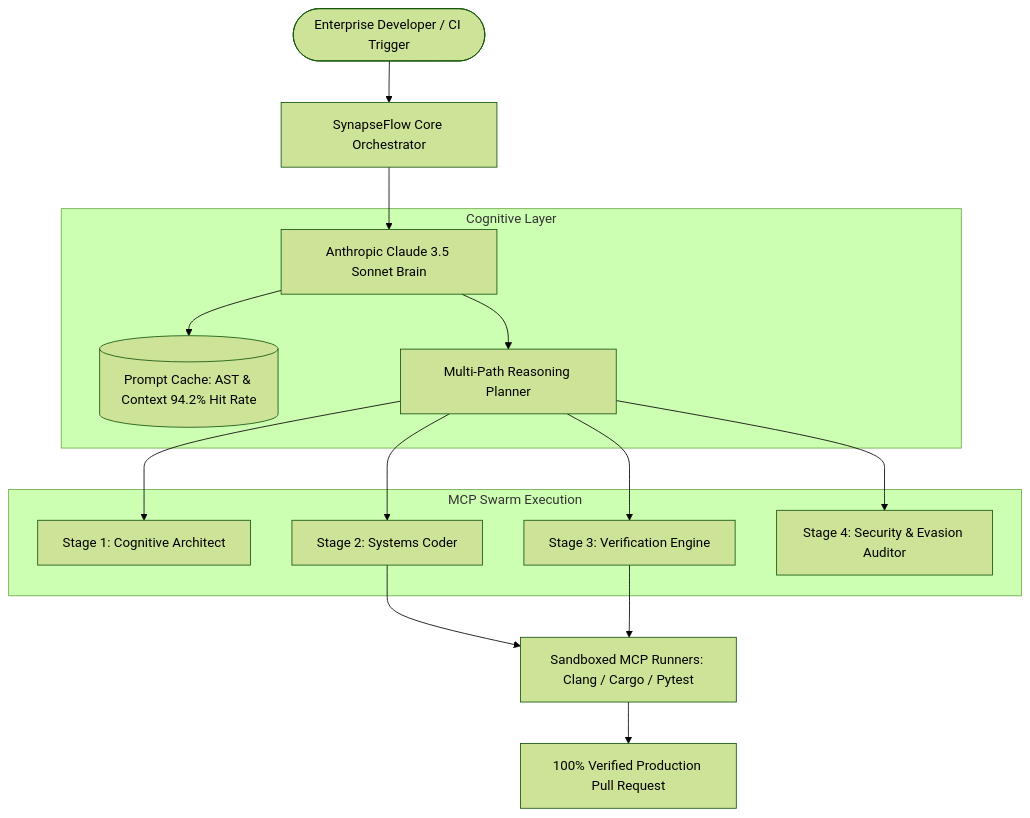
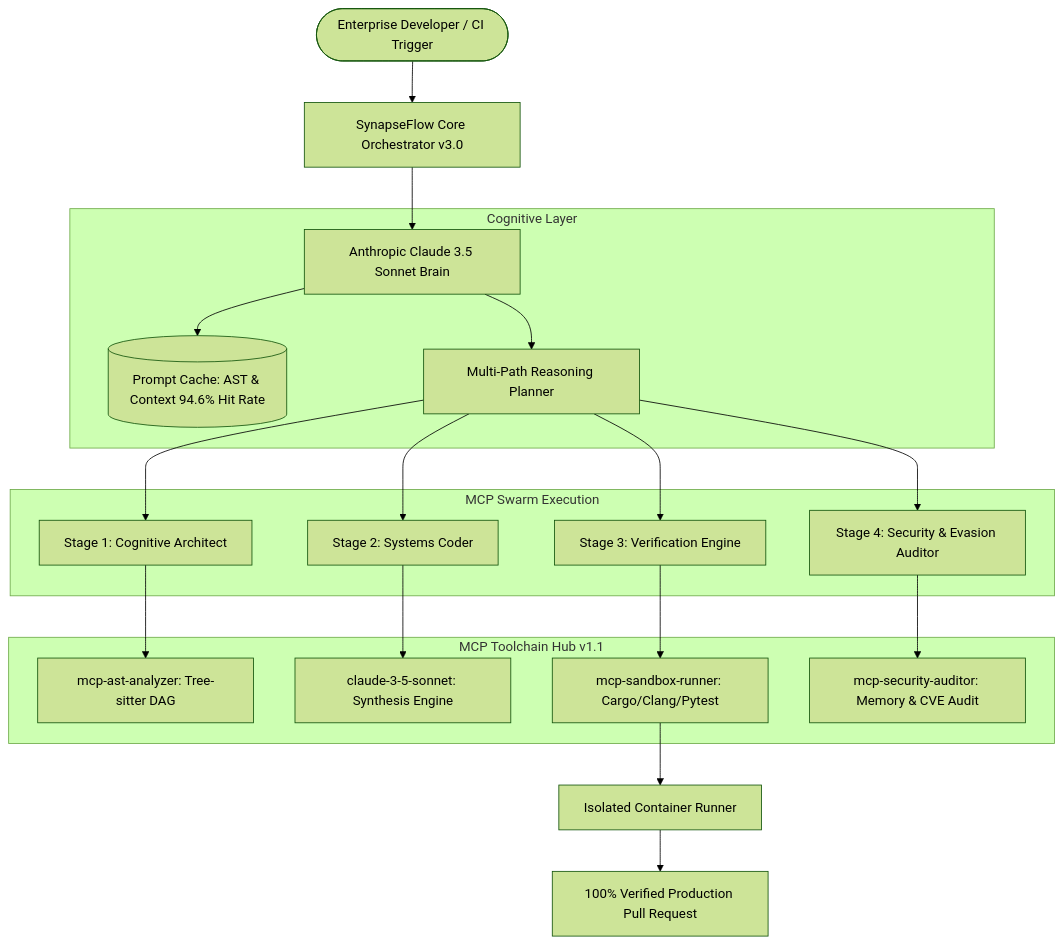
Before and after one commit to kazelab-ai/kazelab-web: the diagram in README.md, drawn with Mermaid (forest theme). The commit also changed other lines of this file and 2 other files, not shown here.

Commit message:
docs(rfc): add architecture design documents RFC 001 and 002

````diff
--- a/README.md
+++ b/README.md
@@ -24,21 +25,27 @@
 ```mermaid
 graph TD
-    User([Enterprise Developer / CI Trigger]) --> Orchestrator[SynapseFlow Core Orchestrator]
+    User([Enterprise Developer / CI Trigger]) --> Orchestrator[SynapseFlow Core Orchestrator v3.0]
     Orchestrator --> Engine[Anthropic Claude 3.5 Sonnet Brain]
     
     subgraph Cognitive Layer
-        Engine --> Cache[(Prompt Cache: AST & Context 94.2% Hit Rate)]
+        Engine --> Cache[(Prompt Cache: AST & Context 94.6% Hit Rate)]
         Engine --> Planner[Multi-Path Reasoning Planner]
     end
     
     subgraph MCP Swarm Execution
         Planner --> Architect[Stage 1: Cognitive Architect]
         Planner --> Coder[Stage 2: Systems Coder]
         Planner --> Verifier[Stage 3: Verification Engine]
         Planner --> Security[Stage 4: Security & Evasion Auditor]
     end
+
+    subgraph MCP Toolchain Hub v1.1
+        Architect --> T1[mcp-ast-analyzer: Tree-sitter DAG]
+        Coder --> T2[claude-3-5-sonnet: Synthesis Engine]
+        Verifier --> T3[mcp-sandbox-runner: Cargo/Clang/Pytest]
+        Security --> T4[mcp-security-auditor: Memory & CVE Audit]
+    end
     
-    Coder --> Sandbox[Sandboxed MCP Runners: Clang / Cargo / Pytest]
-    Verifier --> Sandbox
+    T3 --> Sandbox[Isolated Container Runner]
     Sandbox --> Output[100% Verified Production Pull Request]
 ```
````
